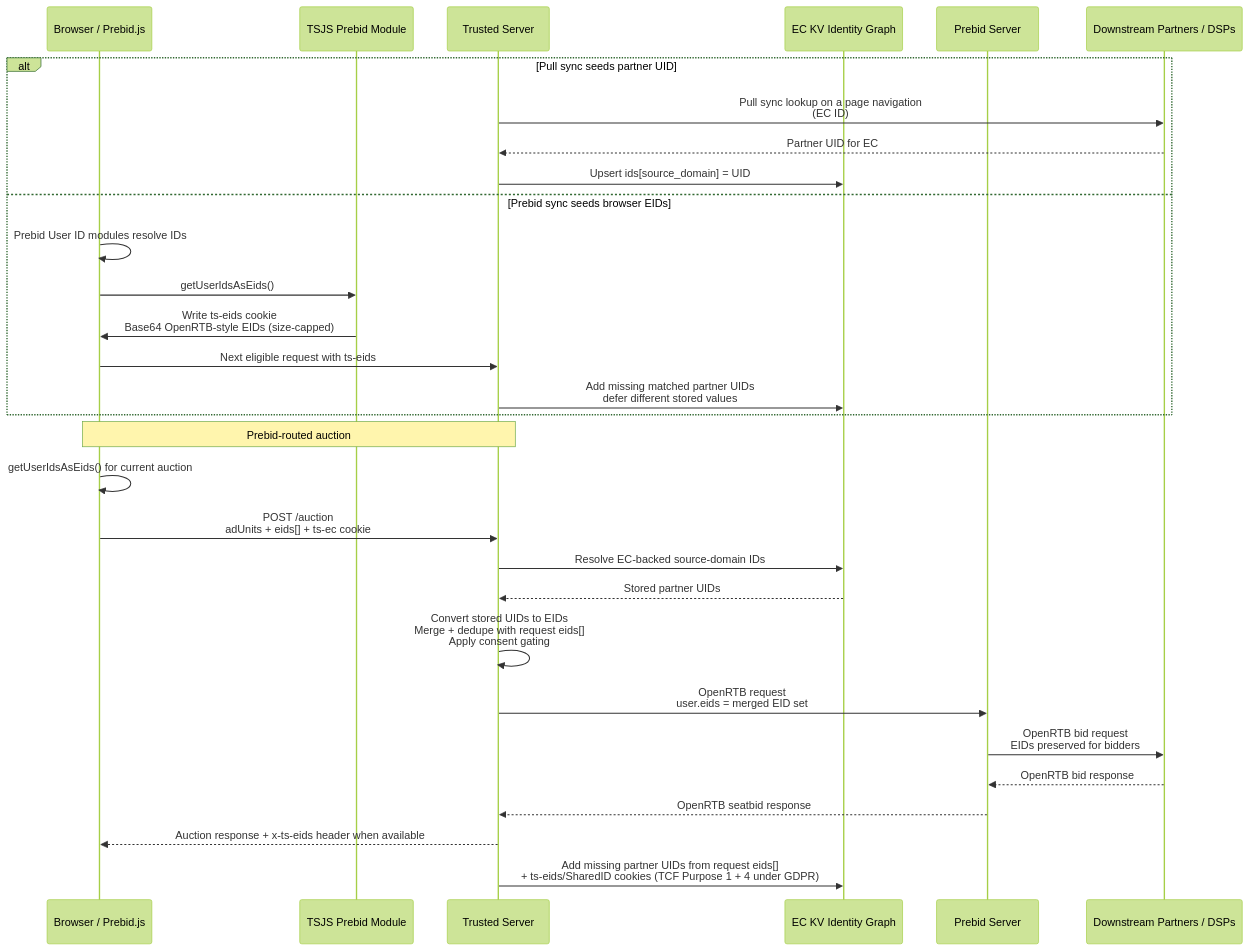
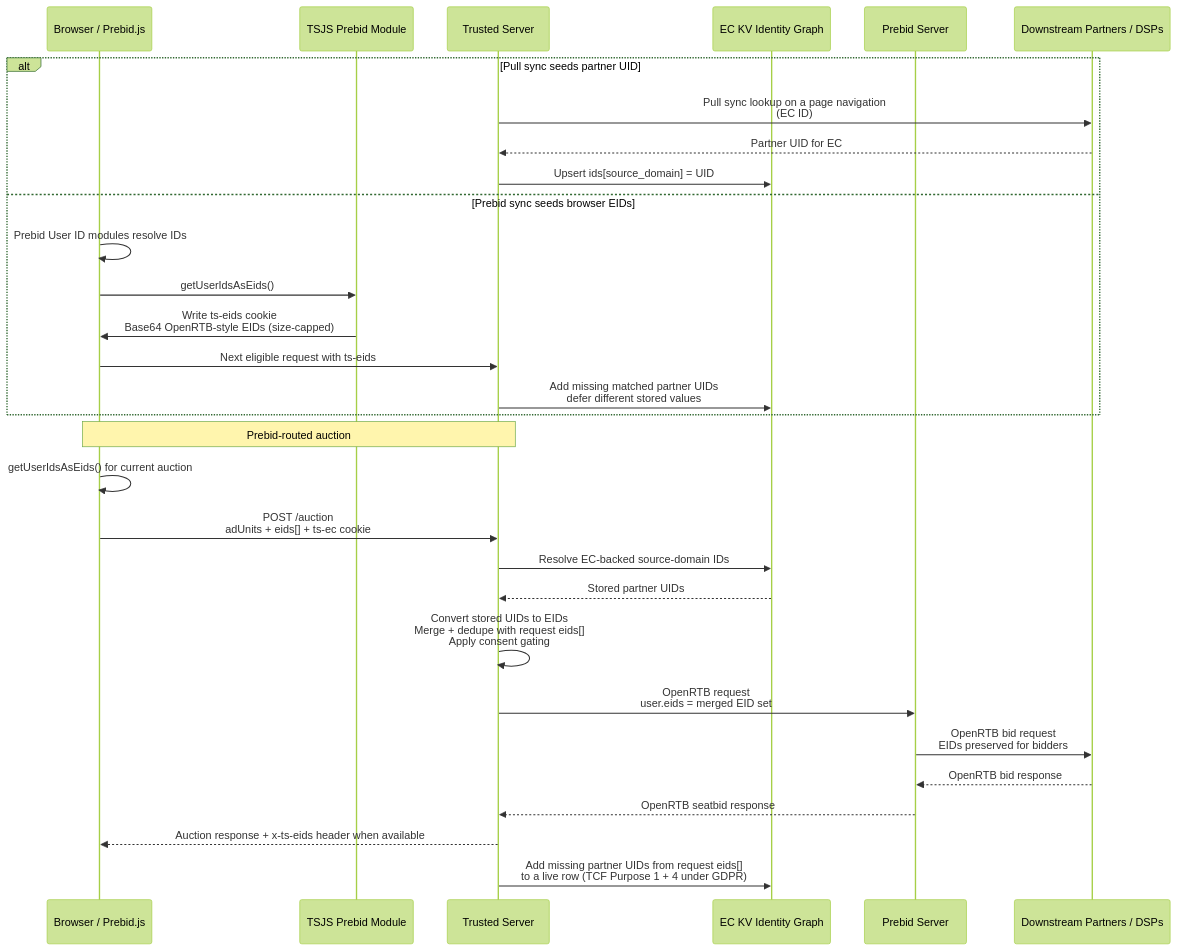
Before and after one commit to IABTechLab/trusted-server: the sixth of 6 diagrams in docs/guide/edge-cookies.md, drawn with Mermaid (forest theme). The commit also changed other lines of this file and 6 other files, not shown here.

First line of the commit message:
Save /auction body EIDs to the EC row again

````diff
--- a/docs/guide/edge-cookies.md
+++ b/docs/guide/edge-cookies.md
@@ -197,34 +197,34 @@
 ```mermaid
 sequenceDiagram
     participant B as Browser / Prebid.js
     participant TSJS as TSJS Prebid Module
     participant TS as Trusted Server
     participant KV as EC KV Identity Graph
     participant PS as Prebid Server
     participant DSP as Downstream Partners / DSPs
 
     alt Pull sync seeds partner UID
         TS->>DSP: Pull sync lookup on a page navigation<br/>(EC ID)
         DSP-->>TS: Partner UID for EC
         TS->>KV: Upsert ids[source_domain] = UID
     else Prebid sync seeds browser EIDs
         B->>B: Prebid User ID modules resolve IDs
         B->>TSJS: getUserIdsAsEids()
         TSJS->>B: Write ts-eids cookie<br/>Base64 OpenRTB-style EIDs (size-capped)
         B->>TS: Next eligible request with ts-eids
         TS->>KV: Add missing matched partner UIDs<br/>defer different stored values
     end
 
     Note over B,TS: Prebid-routed auction
     B->>B: getUserIdsAsEids() for current auction
     B->>TS: POST /auction<br/>adUnits + eids[] + ts-ec cookie
     TS->>KV: Resolve EC-backed source-domain IDs
     KV-->>TS: Stored partner UIDs
     TS->>TS: Convert stored UIDs to EIDs<br/>Merge + dedupe with request eids[]<br/>Apply consent gating
     TS->>PS: OpenRTB request<br/>user.eids = merged EID set
     PS->>DSP: OpenRTB bid request<br/>EIDs preserved for bidders
     DSP-->>PS: OpenRTB bid response
     PS-->>TS: OpenRTB seatbid response
     TS-->>B: Auction response + x-ts-eids header when available
-    TS->>KV: Add missing partner UIDs from request eids[]<br/>+ ts-eids/SharedID cookies (TCF Purpose 1 + 4 under GDPR)
+    TS->>KV: Add missing partner UIDs from request eids[]<br/>to a live row (TCF Purpose 1 + 4 under GDPR)
 ```
````
